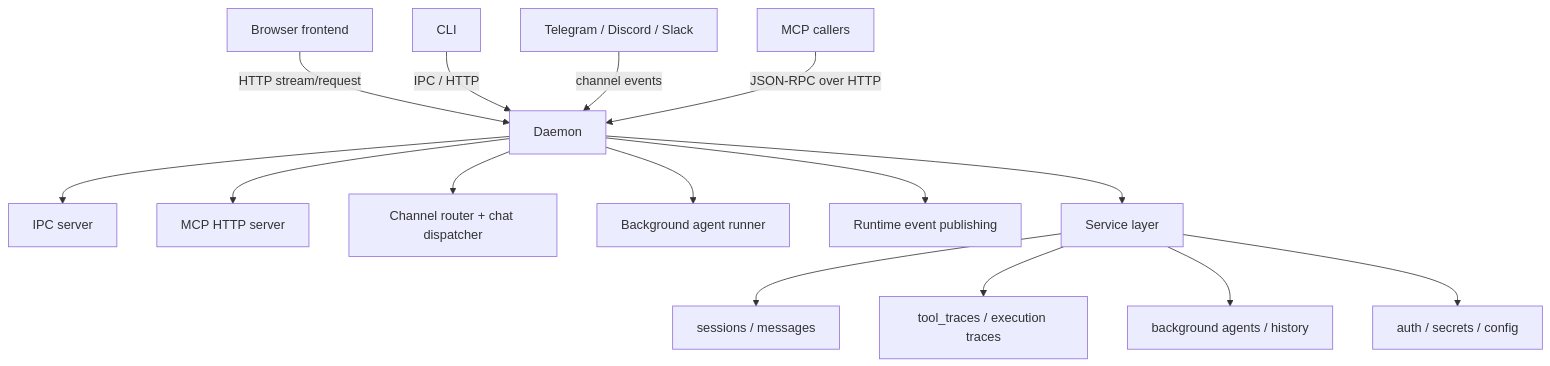
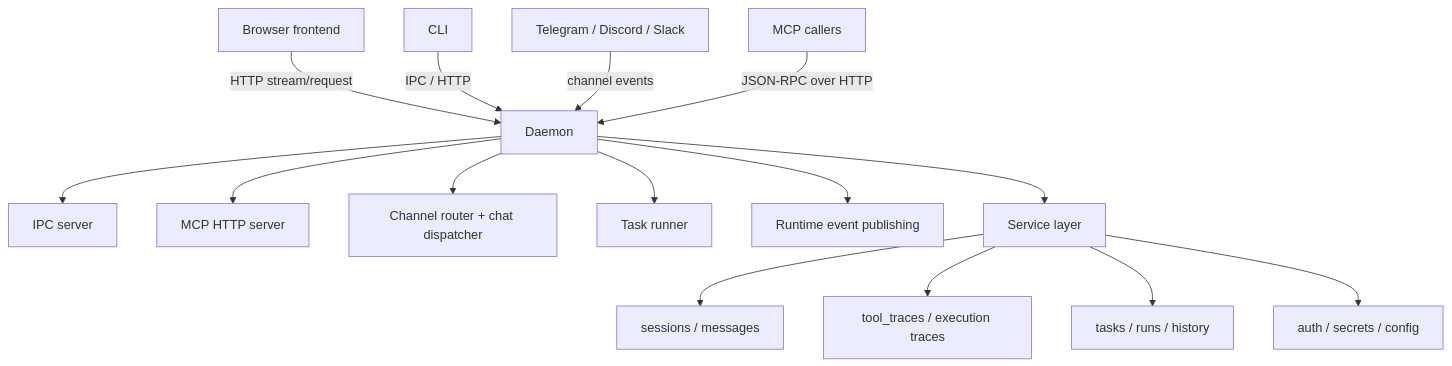
One commit to lhwzds/restflow changed the first of 4 diagrams in SYSTEM_ARCHITECTURE.md. Above: the diagram before and after it, drawn with Mermaid. The commit also changed other lines of this file and 30 other files, not shown here.

Commit message:
refactor(task): remove background-agent wire aliases

````diff
--- a/SYSTEM_ARCHITECTURE.md
+++ b/SYSTEM_ARCHITECTURE.md
@@ -32,19 +32,19 @@
 ```mermaid
 flowchart TD
     Browser["Browser frontend"] -->|"HTTP stream/request"| Daemon["Daemon"]
     CLI["CLI"] -->|"IPC / HTTP"| Daemon
     Channels["Telegram / Discord / Slack"] -->|"channel events"| Daemon
     McpCallers["MCP callers"] -->|"JSON-RPC over HTTP"| Daemon
 
     Daemon --> Ipc["IPC server"]
     Daemon --> Mcp["MCP HTTP server"]
     Daemon --> Router["Channel router + chat dispatcher"]
-    Daemon --> Runner["Background agent runner"]
+    Daemon --> Runner["Task runner"]
     Daemon --> Runtime["Runtime event publishing"]
     Daemon --> Services["Service layer"]
 
     Services --> Sessions["sessions / messages"]
     Services --> Traces["tool_traces / execution traces"]
-    Services --> Background["background agents / history"]
+    Services --> Tasks["tasks / runs / history"]
     Services --> Secrets["auth / secrets / config"]
 ```
````
